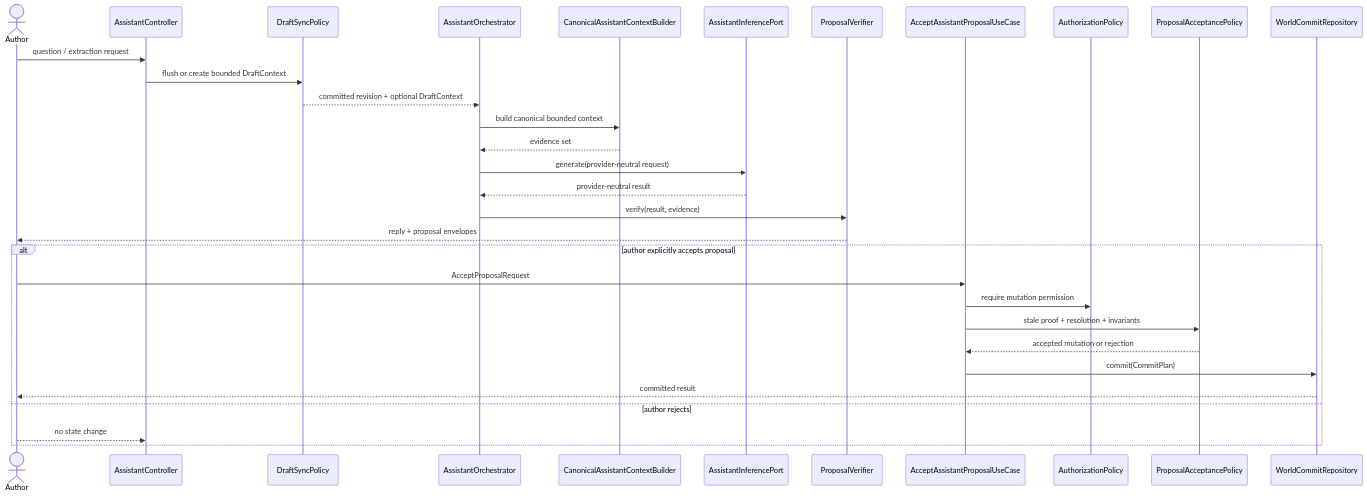
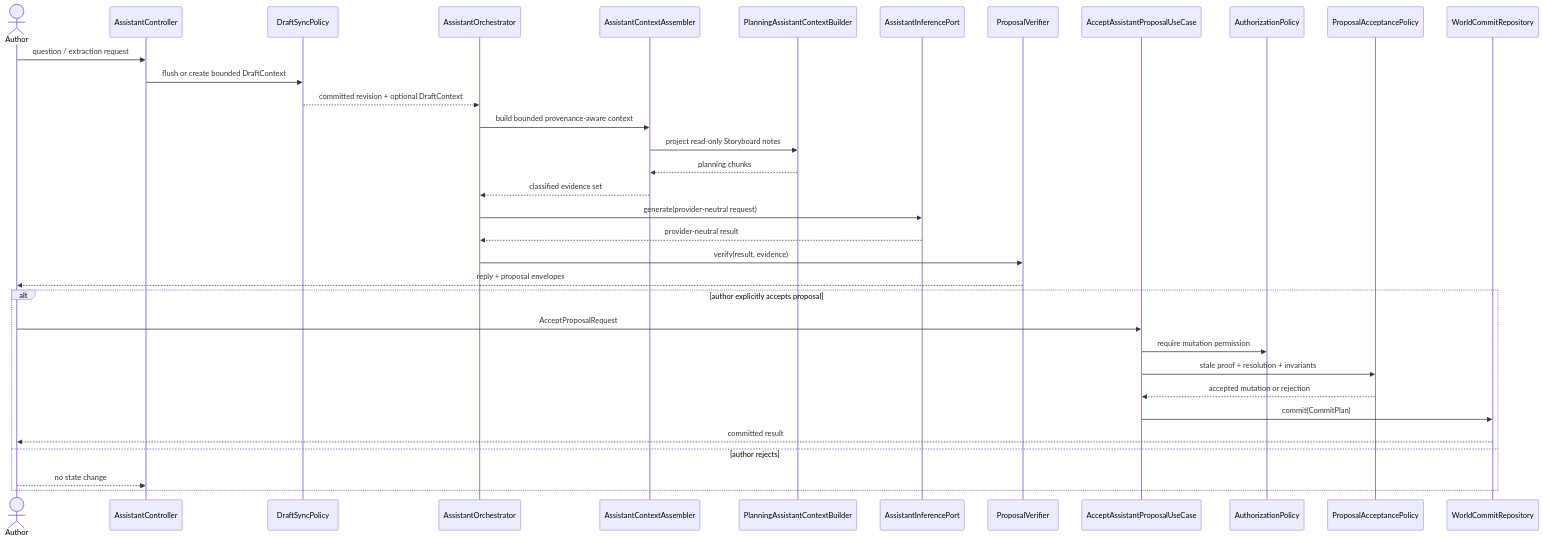
The fifth of 5 diagrams in docs/architecture/views/assistant-and-inference.md (Tim3399/quiltor), drawn with Mermaid before and after one commit. The commit also changed other lines of this file and 111 other files, not shown here.

Commit message:
feat(storyboard): add planning-aware assistant context

````diff
--- a/docs/architecture/views/assistant-and-inference.md
+++ b/docs/architecture/views/assistant-and-inference.md
@@ -213,34 +234,37 @@
 ```mermaid
 sequenceDiagram
     actor Author
     participant Controller as AssistantController
     participant Drafts as DraftSyncPolicy
     participant Assistant as AssistantOrchestrator
-    participant Context as CanonicalAssistantContextBuilder
+    participant Context as AssistantContextAssembler
+    participant Planning as PlanningAssistantContextBuilder
     participant Port as AssistantInferencePort
     participant Verify as ProposalVerifier
     participant Accept as AcceptAssistantProposalUseCase
     participant Authz as AuthorizationPolicy
     participant Policy as ProposalAcceptancePolicy
     participant Commit as WorldCommitRepository
 
     Author->>Controller: question / extraction request
     Controller->>Drafts: flush or create bounded DraftContext
     Drafts-->>Assistant: committed revision + optional DraftContext
-    Assistant->>Context: build canonical bounded context
-    Context-->>Assistant: evidence set
+    Assistant->>Context: build bounded provenance-aware context
+    Context->>Planning: project read-only Storyboard notes
+    Planning-->>Context: planning chunks
+    Context-->>Assistant: classified evidence set
     Assistant->>Port: generate(provider-neutral request)
     Port-->>Assistant: provider-neutral result
     Assistant->>Verify: verify(result, evidence)
     Verify-->>Author: reply + proposal envelopes
     alt author explicitly accepts proposal
         Author->>Accept: AcceptProposalRequest
         Accept->>Authz: require mutation permission
         Accept->>Policy: stale proof + resolution + invariants
         Policy-->>Accept: accepted mutation or rejection
         Accept->>Commit: commit(CommitPlan)
         Commit-->>Author: committed result
     else author rejects
         Author-->>Controller: no state change
     end
 ```
````
